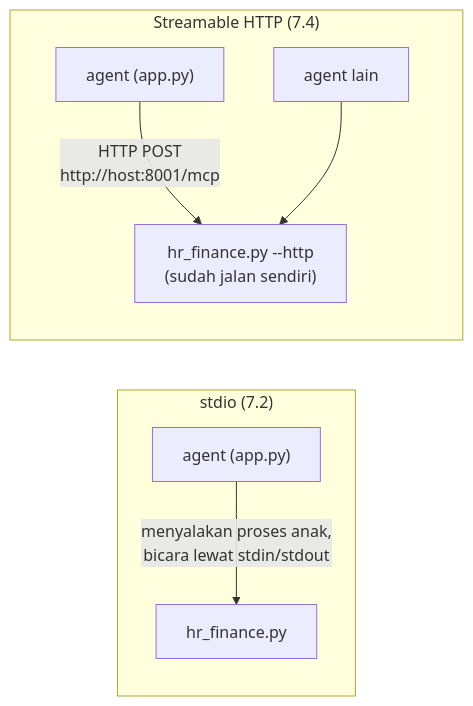
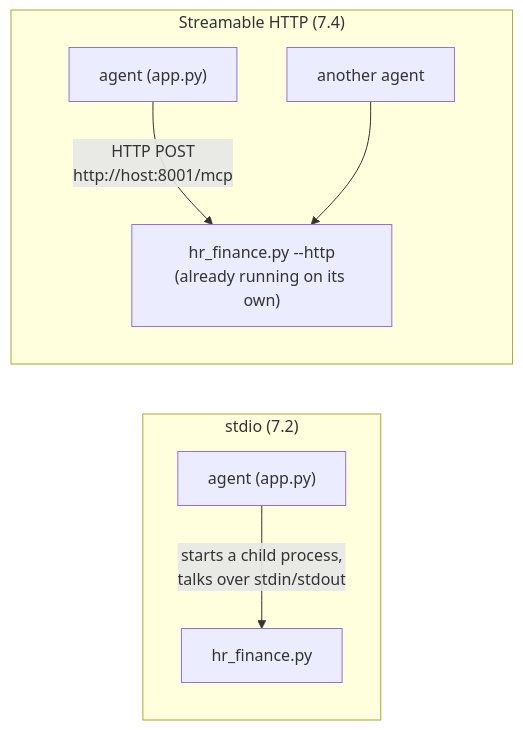
The seventh of 13 diagrams in LAB.md (bilalbayasut/langgraph-klaim-lab), drawn with Mermaid before and after one commit. The commit also changed other lines of this file and 78 other files, not shown here.

First line of the commit message:
Codebase in English; MCP_HR_FINANCE_URL as a setting

````diff
--- a/LAB.md
+++ b/LAB.md
@@ -2169,10 +2171,10 @@
 ```mermaid
 flowchart LR
   subgraph S["stdio (7.2)"]
-    a1["agent (app.py)"] -- "menyalakan proses anak,<br/>bicara lewat stdin/stdout" --> s1["hr_finance.py"]
+    a1["agent (app.py)"] -- "starts a child process,<br/>talks over stdin/stdout" --> s1["hr_finance.py"]
   end
   subgraph H["Streamable HTTP (7.4)"]
-    a2["agent (app.py)"] -- "HTTP POST<br/>http://host:8001/mcp" --> s2["hr_finance.py --http<br/>(sudah jalan sendiri)"]
-    a3["agent lain"] --> s2
+    a2["agent (app.py)"] -- "HTTP POST<br/>http://host:8001/mcp" --> s2["hr_finance.py --http<br/>(already running on its own)"]
+    a3["another agent"] --> s2
   end
 ```
````
